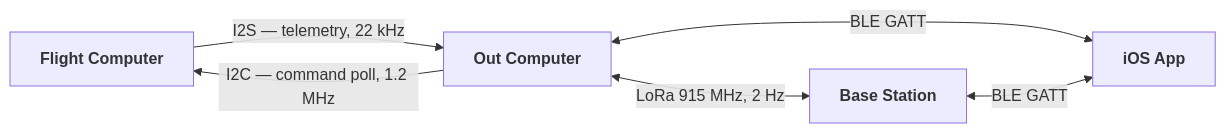
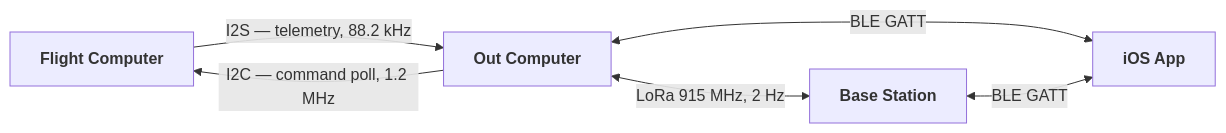
Before and after one commit to Tinkerbug-Robotics/TinkerRocket: the diagram in docs/architecture/protocols.md, drawn with Mermaid. The commit also changed other lines of this file and 37 other files, not shown here.

````diff
--- a/docs/architecture/protocols.md
+++ b/docs/architecture/protocols.md
@@ -47,13 +47,13 @@
 ```mermaid
 flowchart LR
     FC["<b>Flight Computer</b>"]
     OC["<b>Out Computer</b>"]
     BASE["<b>Base Station</b>"]
     APP["<b>iOS App</b>"]
 
-    FC -->|"I2S — telemetry, 22 kHz"| OC
+    FC -->|"I2S — telemetry, 88.2 kHz"| OC
     OC -->|"I2C — command poll, 1.2 MHz"| FC
     OC <-->|"LoRa 915 MHz, 2 Hz"| BASE
     OC <-->|"BLE GATT"| APP
     BASE <-->|"BLE GATT"| APP
 ```
````
